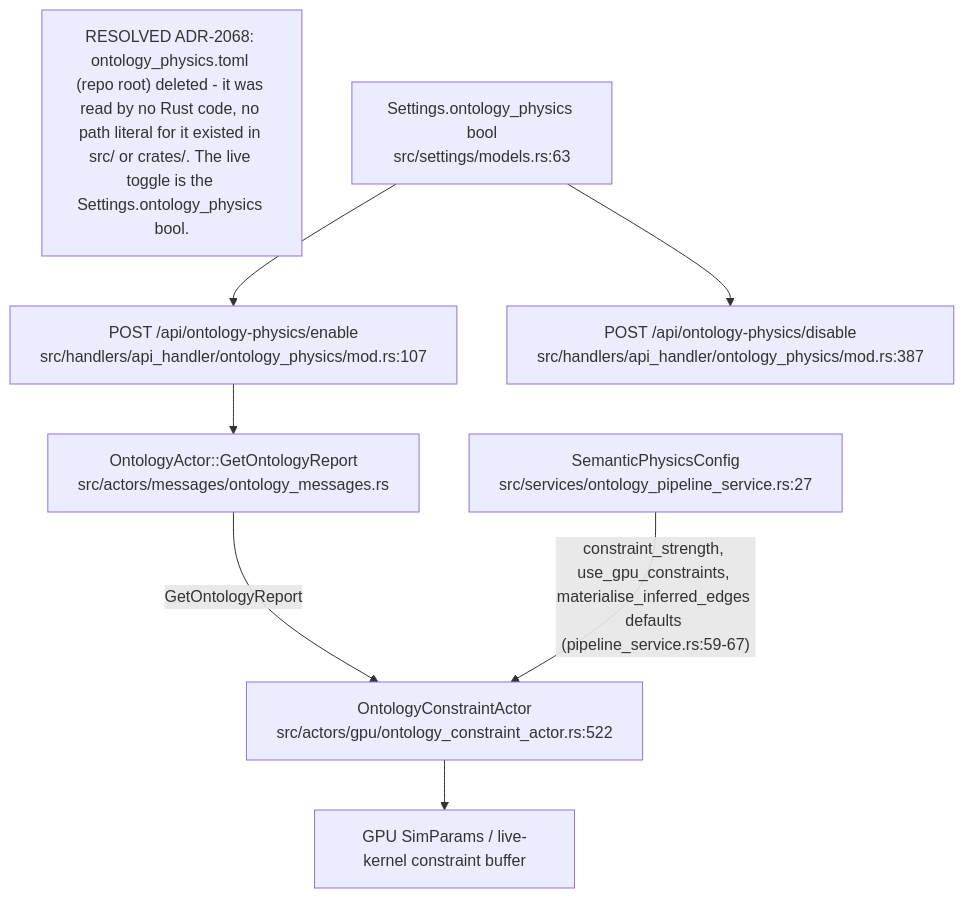
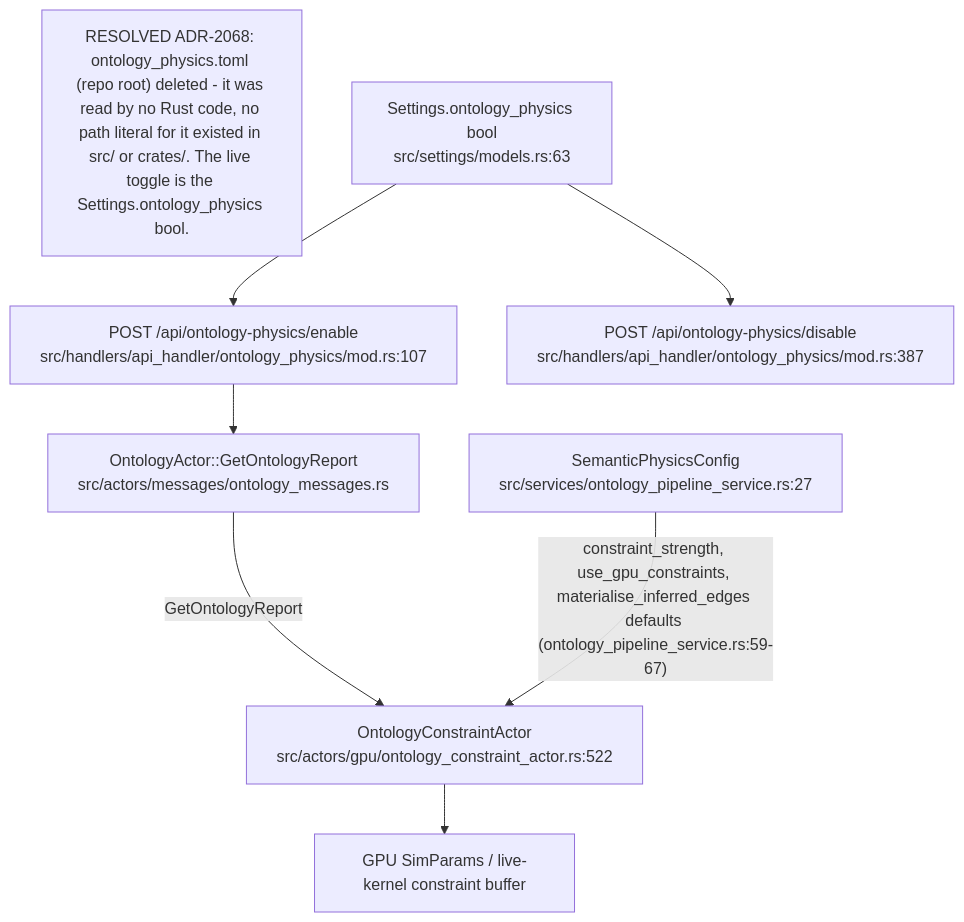
Diagram 11 of 12 in docs/diagrams/visionclaw/20-ontology-pipeline-oxigraph-whelk.md (DreamLab-AI/VisionFlow), drawn with Mermaid before and after one commit. The commit also changed other lines of this file and 185 other files, not shown here.

Commit message:
docs(estate): reconcile diagrams and ADRs with source and define closeout sprint

````diff
--- a/docs/diagrams/visionclaw/20-ontology-pipeline-oxigraph-whelk.md
+++ b/docs/diagrams/visionclaw/20-ontology-pipeline-oxigraph-whelk.md
@@ -401,18 +402,18 @@
 ```mermaid
 flowchart TD
     Toml["RESOLVED ADR-2068: ontology_physics.toml (repo root) deleted - it was read by no Rust code, no path literal for it existed in src/ or crates/. The live toggle is the Settings.ontology_physics bool."]
     Settings["Settings.ontology_physics bool<br/>src/settings/models.rs:63"]
     Enable["POST /api/ontology-physics/enable<br/>src/handlers/api_handler/ontology_physics/mod.rs:107"]
     Disable["POST /api/ontology-physics/disable<br/>src/handlers/api_handler/ontology_physics/mod.rs:387"]
     OntoActor["OntologyActor::GetOntologyReport<br/>src/actors/messages/ontology_messages.rs"]
     ConstraintActor["OntologyConstraintActor<br/>src/actors/gpu/ontology_constraint_actor.rs:522"]
     PipelineCfg["SemanticPhysicsConfig<br/>src/services/ontology_pipeline_service.rs:27"]
     SimParams["GPU SimParams / live-kernel constraint buffer"]
 
     Settings --> Enable
     Settings --> Disable
     Enable --> OntoActor
     OntoActor -->|"GetOntologyReport"| ConstraintActor
     ConstraintActor --> SimParams
-    PipelineCfg -->|"constraint_strength, use_gpu_constraints, materialise_inferred_edges defaults (pipeline_service.rs:59-67)"| ConstraintActor
+    PipelineCfg -->|"constraint_strength, use_gpu_constraints, materialise_inferred_edges defaults (ontology_pipeline_service.rs:59-67)"| ConstraintActor
 ```
````
